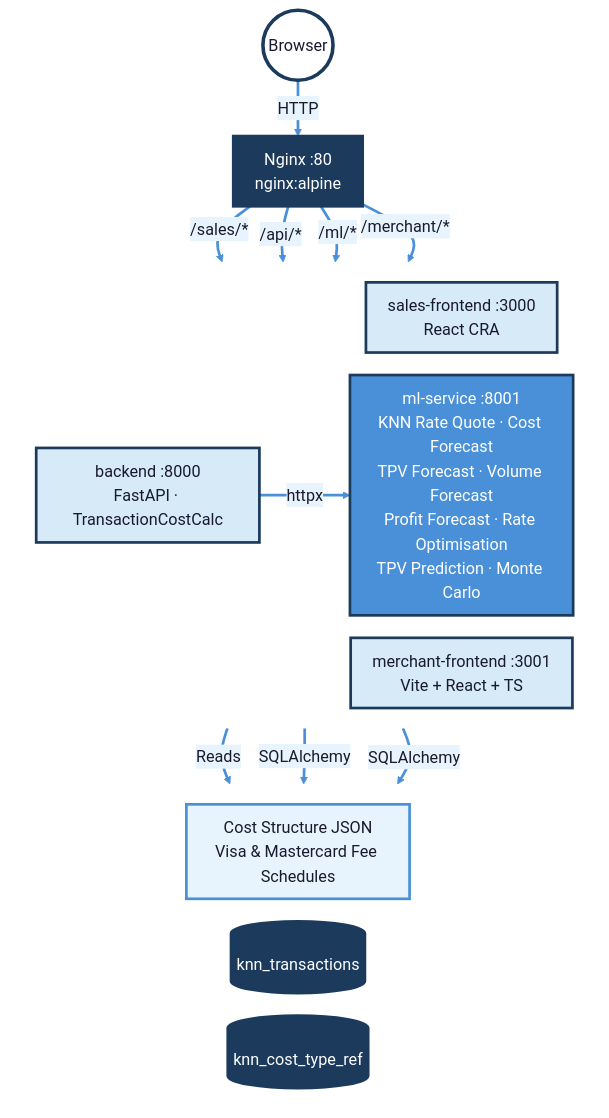
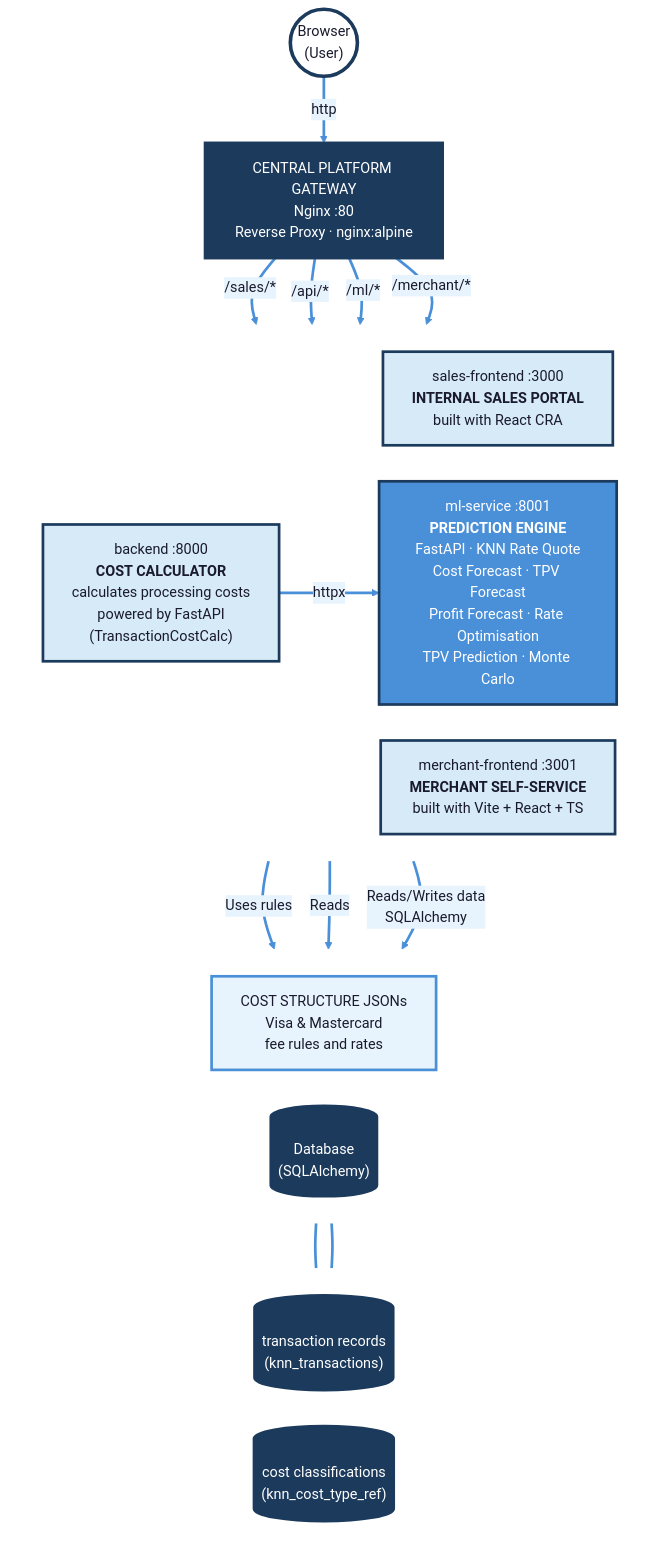
One commit to Yattmeo/404_found_us changed the first of 11 diagrams in ARCHITECTURE.md. Above: the diagram before and after it, drawn with Mermaid. The commit also changed other lines of this file and 3 other files, not shown here.

````diff
--- a/ARCHITECTURE.md
+++ b/ARCHITECTURE.md
@@ -5,51 +5,61 @@
 ```mermaid
-%%{init: {'theme': 'base', 'themeVariables': { 'primaryColor': '#D6EAF8', 'primaryTextColor': '#1a1a2e', 'primaryBorderColor': '#4A90D9', 'lineColor': '#4A90D9', 'secondaryColor': '#E8F4FD', 'tertiaryColor': '#F5FAFF', 'fontFamily': 'Segoe UI, sans-serif', 'fontSize': '18px' }, 'flowchart': { 'nodeSpacing': 25, 'rankSpacing': 35, 'padding': 12 }}}%%
+%%{init: {'theme': 'base', 'themeVariables': { 'primaryColor': '#D6EAF8', 'primaryTextColor': '#1a1a2e', 'primaryBorderColor': '#4A90D9', 'lineColor': '#4A90D9', 'secondaryColor': '#E8F4FD', 'tertiaryColor': '#F5FAFF', 'fontFamily': 'Segoe UI, sans-serif', 'fontSize': '16px' }, 'flowchart': { 'nodeSpacing': 40, 'rankSpacing': 50, 'padding': 16 }}}%%
 graph TB
-    USER(("Browser"))
+    USER(("Browser<br/>(User)"))
 
-    USER -->|HTTP| NG
+    USER -->|http| NG
 
-    NG["Nginx :80<br/>nginx:alpine"]
+    NG["CENTRAL PLATFORM GATEWAY<br/>Nginx :80<br/>Reverse Proxy · nginx:alpine"]
 
     NG -->|"/sales/*"| FE
     NG -->|"/api/*"| BE
     NG -->|"/ml/*"| MLS
     NG -->|"/merchant/*"| MFE
 
     subgraph Services["  "]
         direction LR
-        FE["sales-frontend :3000<br/>React CRA"]
-        BE["backend :8000<br/>FastAPI · TransactionCostCalc"]
-        MLS["ml-service :8001<br/>KNN Rate Quote · Cost Forecast<br/>TPV Forecast · Volume Forecast<br/>Profit Forecast · Rate Optimisation<br/>TPV Prediction · Monte Carlo"]
-        MFE["merchant-frontend :3001<br/>Vite + React + TS"]
+        FE["sales-frontend :3000<br/><b>INTERNAL SALES PORTAL</b><br/>built with React CRA"]
+        BE["backend :8000<br/><b>COST CALCULATOR</b><br/>calculates processing costs<br/>powered by FastAPI<br/>(TransactionCostCalc)"]
+        MLS["ml-service :8001<br/><b>PREDICTION ENGINE</b><br/>FastAPI · KNN Rate Quote<br/>Cost Forecast · TPV Forecast<br/>Profit Forecast · Rate Optimisation<br/>TPV Prediction · Monte Carlo"]
+        MFE["merchant-frontend :3001<br/><b>MERCHANT SELF-SERVICE</b><br/>built with Vite + React + TS"]
     end
 
     BE -->|httpx| MLS
 
+    BE -->|Uses rules| CS
+    BE -->|Reads| DB
+    MLS -->|Reads/Writes data<br/>SQLAlchemy| DB
+
     subgraph Data["  "]
         direction LR
-        CS["Cost Structure JSON<br/>Visa & Mastercard Fee Schedules"]
-        DB1[("knn_transactions")]
-        DB2[("knn_cost_type_ref")]
+        CS["COST STRUCTURE JSONs<br/>Visa & Mastercard<br/>fee rules and rates"]
+        DB[("Database<br/>(SQLAlchemy)")]
     end
 
-    BE -->|Reads| CS
-    MLS -->|SQLAlchemy| DB1
-    MLS -->|SQLAlchemy| DB2
+    subgraph Tables["  "]
+        direction LR
+        DB1[("transaction records<br/>(knn_transactions)")]
+        DB2[("cost classifications<br/>(knn_cost_type_ref)")]
+    end
+
+    DB --- DB1
+    DB --- DB2
 
     style USER fill:#ffffff,stroke:#1B3A5C,stroke-width:4px,color:#1a1a2e
     style NG fill:#1B3A5C,stroke:#1B3A5C,stroke-width:3px,color:#ffffff
     style Services fill:#ffffff,stroke:#ffffff,stroke-width:0px
     style Data fill:#ffffff,stroke:#ffffff,stroke-width:0px
+    style Tables fill:#ffffff,stroke:#ffffff,stroke-width:0px
 
     style FE fill:#D6EAF8,stroke:#1B3A5C,stroke-width:3px,color:#1a1a2e
     style BE fill:#D6EAF8,stroke:#1B3A5C,stroke-width:3px,color:#1a1a2e
     style MLS fill:#4A90D9,stroke:#1B3A5C,stroke-width:3px,color:#ffffff
     style MFE fill:#D6EAF8,stroke:#1B3A5C,stroke-width:3px,color:#1a1a2e
 
     style CS fill:#E8F4FD,stroke:#4A90D9,stroke-width:3px,color:#1a1a2e
+    style DB fill:#1B3A5C,stroke:#1B3A5C,stroke-width:3px,color:#ffffff
     style DB1 fill:#1B3A5C,stroke:#1B3A5C,stroke-width:3px,color:#ffffff
     style DB2 fill:#1B3A5C,stroke:#1B3A5C,stroke-width:3px,color:#ffffff
 
     linkStyle default stroke:#4A90D9,stroke-width:3px
 ```
````
